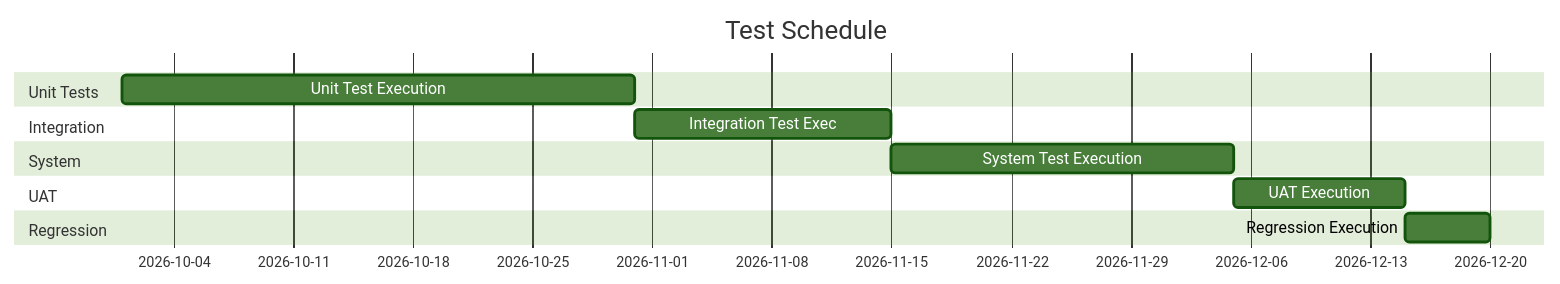
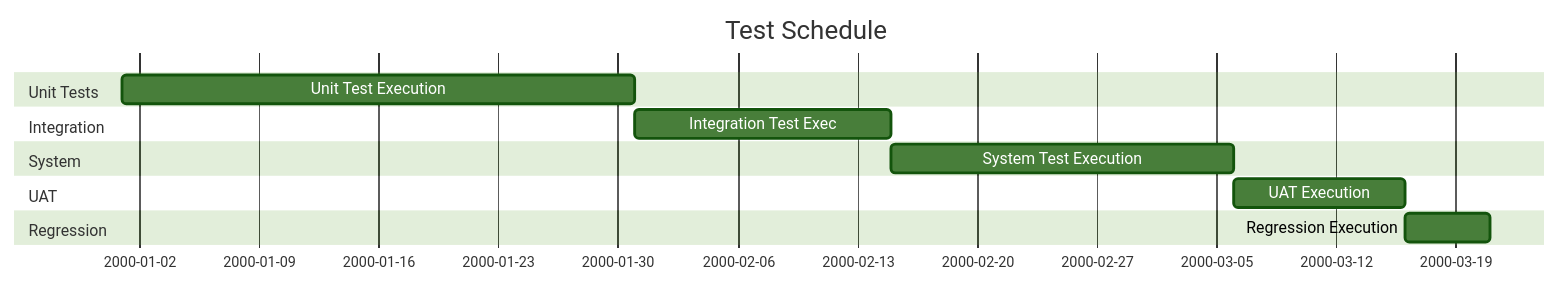
One commit to oat431/swe-knowledge changed the diagram in document-template/13_Testing_and_Verification/Test-Plan.md. Above: the diagram before and after it, drawn with Mermaid (forest theme). The commit also changed 56 other files, not shown here.

````diff
--- a/document-template/13_Testing_and_Verification/Test-Plan.md
+++ b/document-template/13_Testing_and_Verification/Test-Plan.md
@@ -79,15 +79,16 @@
 ```mermaid
 gantt
     title Test Schedule
     dateFormat YYYY-MM-DD
+    %% Placeholder schedule: base 2000-01-01 = project start; recompute real dates when instantiating
     section Unit Tests
-    Unit Test Execution    :a1, 2026-10-01, 30d
+    Unit Test Execution    :a1, 2000-01-01, 30d
     section Integration
     Integration Test Exec  :a2, after a1, 15d
     section System
     System Test Execution  :a3, after a2, 20d
     section UAT
     UAT Execution          :a4, after a3, 10d
     section Regression
     Regression Execution   :a5, after a4, 5d
 ```
````
